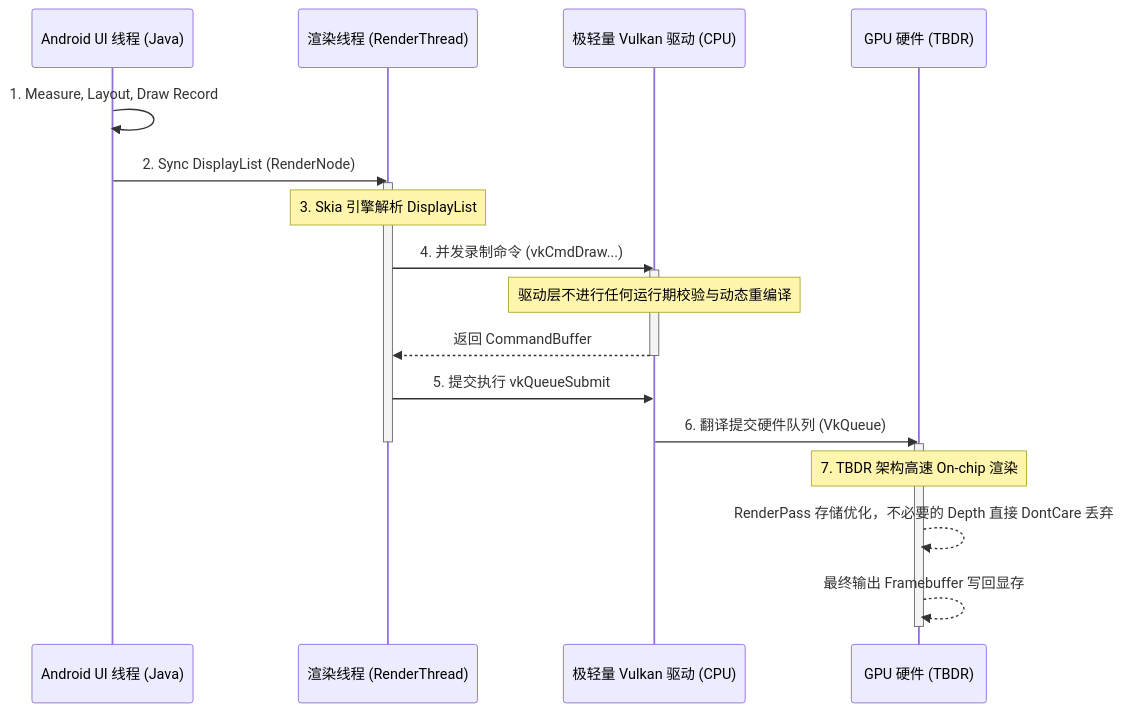
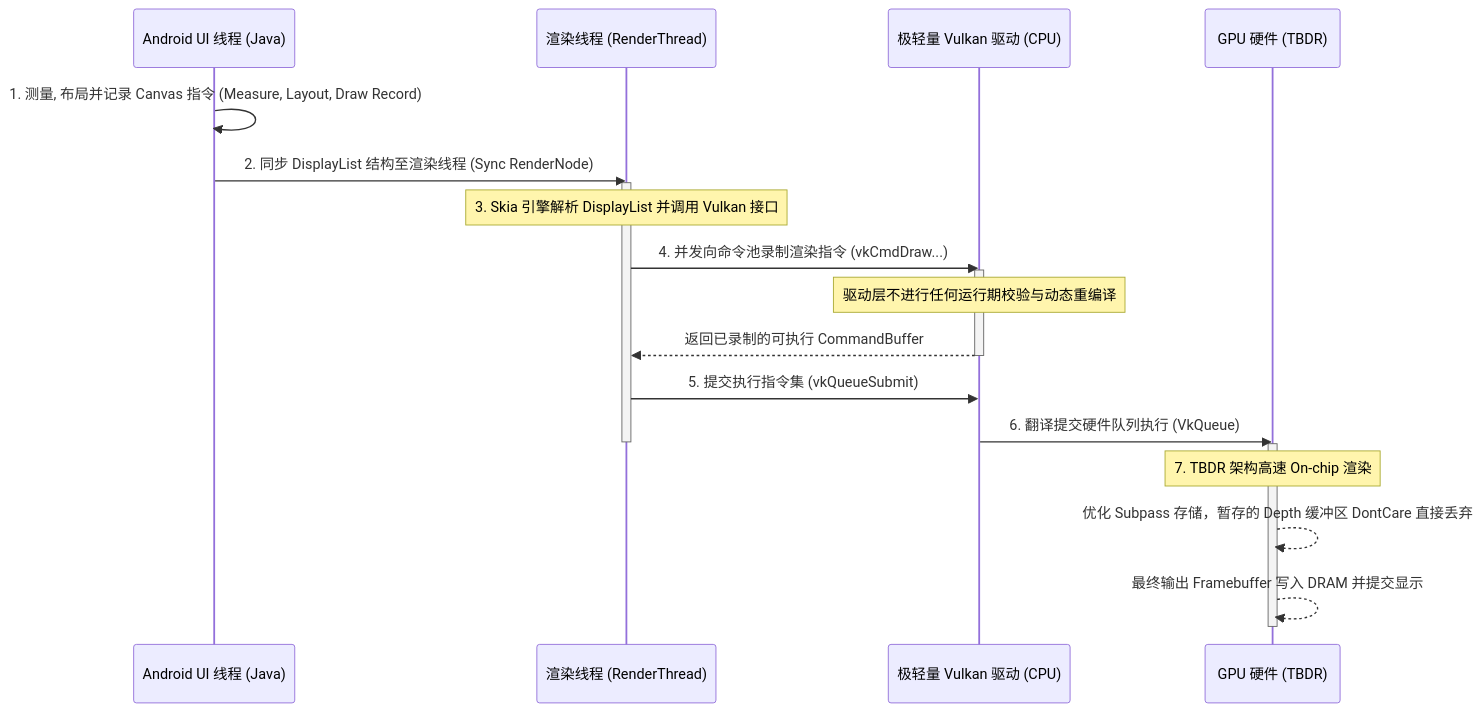
Before and after one commit to iFlicker/AndroidKnowledge: the sixth of 6 diagrams in docs/5.Android/5.2.进阶/5.2.6.NDK与Native/5.2.6.3.图形图像/5.2.6.3.2.Vulkan.md, drawn with Mermaid. The commit also changed other lines of this file and 91 other files, not shown here.

````diff
--- a/docs/5.Android/5.2.进阶/5.2.6.NDK与Native/5.2.6.3.图形图像/5.2.6.3.2.Vulkan.md
+++ b/docs/5.Android/5.2.进阶/5.2.6.NDK与Native/5.2.6.3.图形图像/5.2.6.3.2.Vulkan.md
@@ -640,28 +696,28 @@
 ```mermaid
 sequenceDiagram
     participant UI_Thread as Android UI 线程 (Java)
     participant RenderThread as 渲染线程 (RenderThread)
     participant VulkanDriver as 极轻量 Vulkan 驱动 (CPU)
     participant GPU as GPU 硬件 (TBDR)
 
-    UI_Thread->>UI_Thread: 1. Measure, Layout, Draw Record
-    UI_Thread->>RenderThread: 2. Sync DisplayList (RenderNode)
+    UI_Thread->>UI_Thread: 1. 测量, 布局并记录 Canvas 指令 (Measure, Layout, Draw Record)
+    UI_Thread->>RenderThread: 2. 同步 DisplayList 结构至渲染线程 (Sync RenderNode)
     activate RenderThread
-    Note over RenderThread: 3. Skia 引擎解析 DisplayList
+    Note over RenderThread: 3. Skia 引擎解析 DisplayList 并调用 Vulkan 接口
     
-    RenderThread->>VulkanDriver: 4. 并发录制命令 (vkCmdDraw...)
+    RenderThread->>VulkanDriver: 4. 并发向命令池录制渲染指令 (vkCmdDraw...)
     activate VulkanDriver
     Note over VulkanDriver: 驱动层不进行任何运行期校验与动态重编译
-    VulkanDriver-->>RenderThread: 返回 CommandBuffer
+    VulkanDriver-->>RenderThread: 返回已录制的可执行 CommandBuffer
     deactivate VulkanDriver
     
-    RenderThread->>VulkanDriver: 5. 提交执行 vkQueueSubmit
-    VulkanDriver->>GPU: 6. 翻译提交硬件队列 (VkQueue)
+    RenderThread->>VulkanDriver: 5. 提交执行指令集 (vkQueueSubmit)
+    VulkanDriver->>GPU: 6. 翻译提交硬件队列执行 (VkQueue)
     deactivate RenderThread
     
     activate GPU
     Note over GPU: 7. TBDR 架构高速 On-chip 渲染
-    GPU-->>GPU: RenderPass 存储优化，不必要的 Depth 直接 DontCare 丢弃
-    GPU-->>GPU: 最终输出 Framebuffer 写回显存
+    GPU-->>GPU: 优化 Subpass 存储，暂存的 Depth 缓冲区 DontCare 直接丢弃
+    GPU-->>GPU: 最终输出 Framebuffer 写入 DRAM 并提交显示
     deactivate GPU
 ```
````
